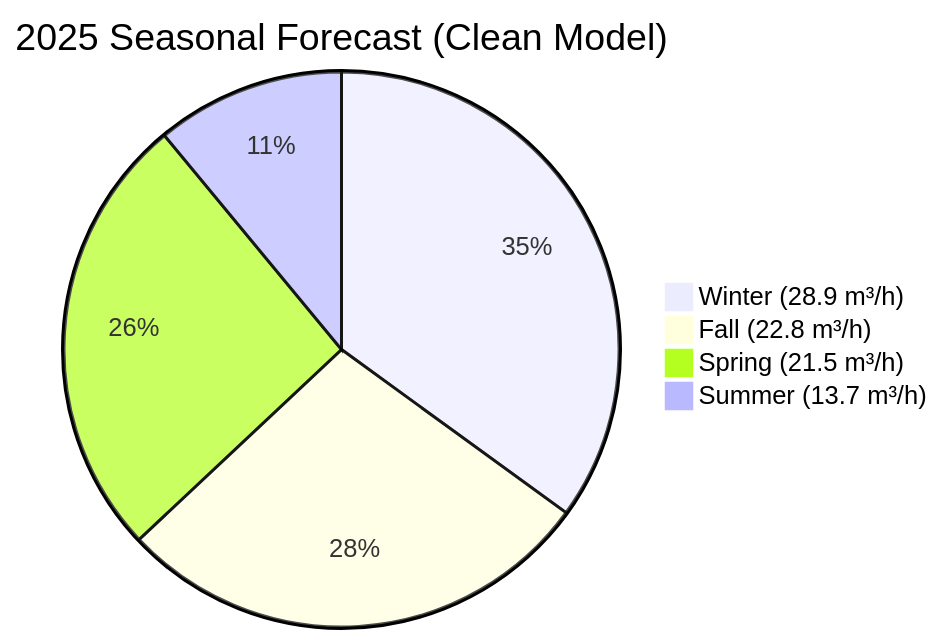
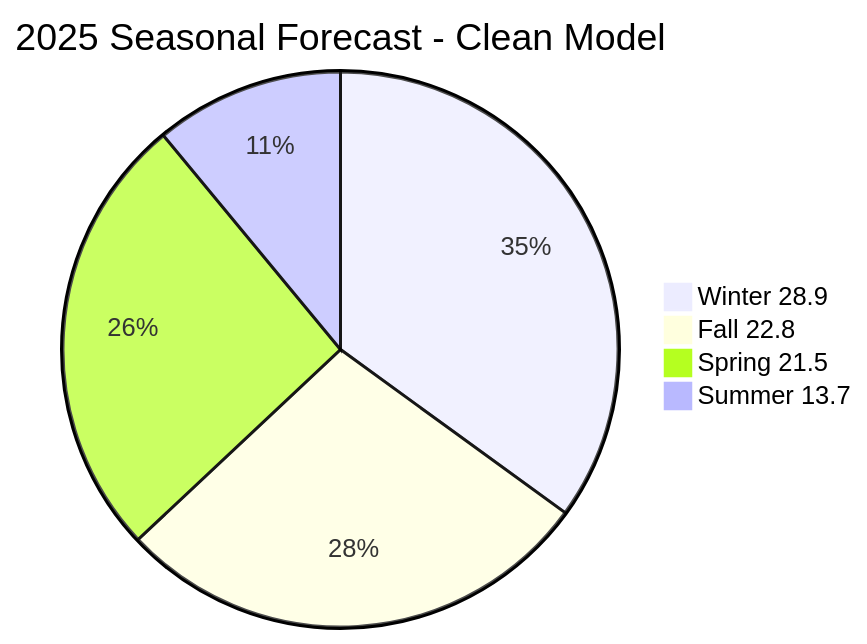
One commit to GameHelix/centipede changed the seventh of 13 diagrams in README.md. Above: the diagram before and after it, drawn with Mermaid. The commit also changed other lines of this file, not shown here.

````diff
--- a/README.md
+++ b/README.md
@@ -228,7 +234,7 @@
 ```mermaid
-pie title 2025 Seasonal Forecast (Clean Model)
-    "Winter (28.9 m³/h)" : 35
-    "Fall (22.8 m³/h)" : 28  
-    "Spring (21.5 m³/h)" : 26
-    "Summer (13.7 m³/h)" : 11
+pie title 2025 Seasonal Forecast - Clean Model
+    "Winter 28.9" : 35
+    "Fall 22.8" : 28  
+    "Spring 21.5" : 26
+    "Summer 13.7" : 11
 ```
````
